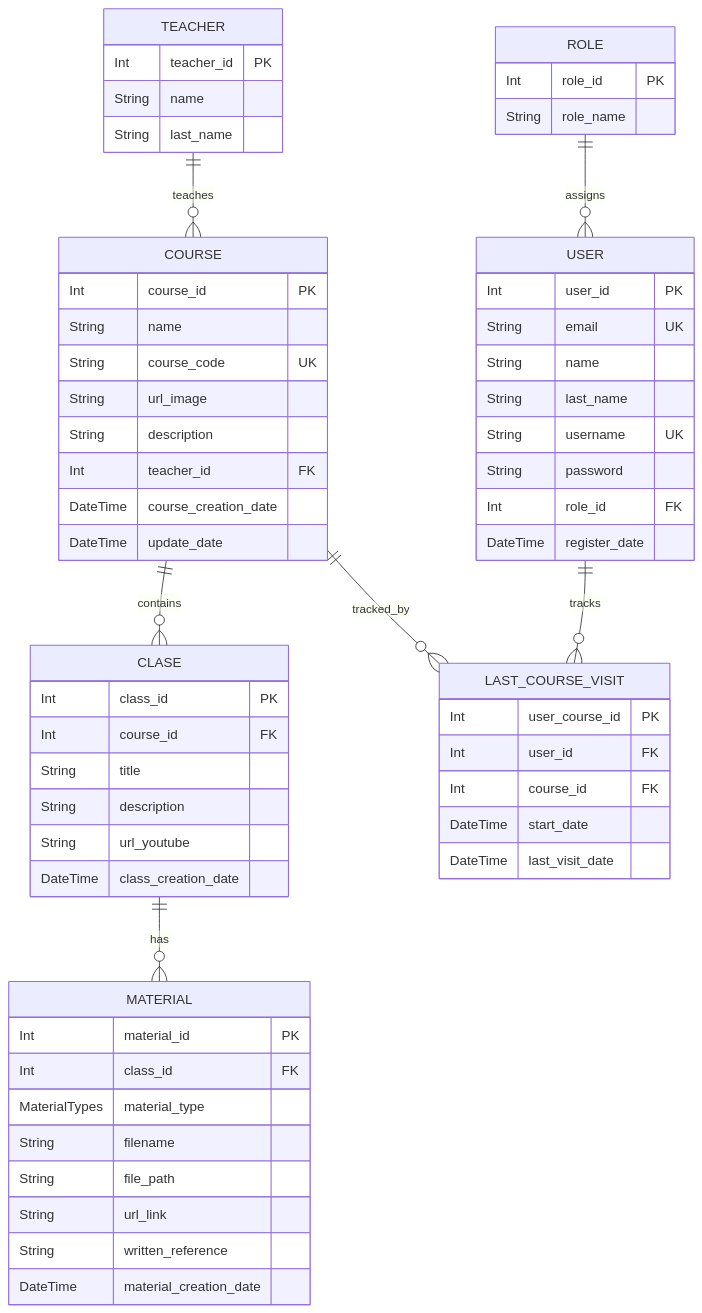
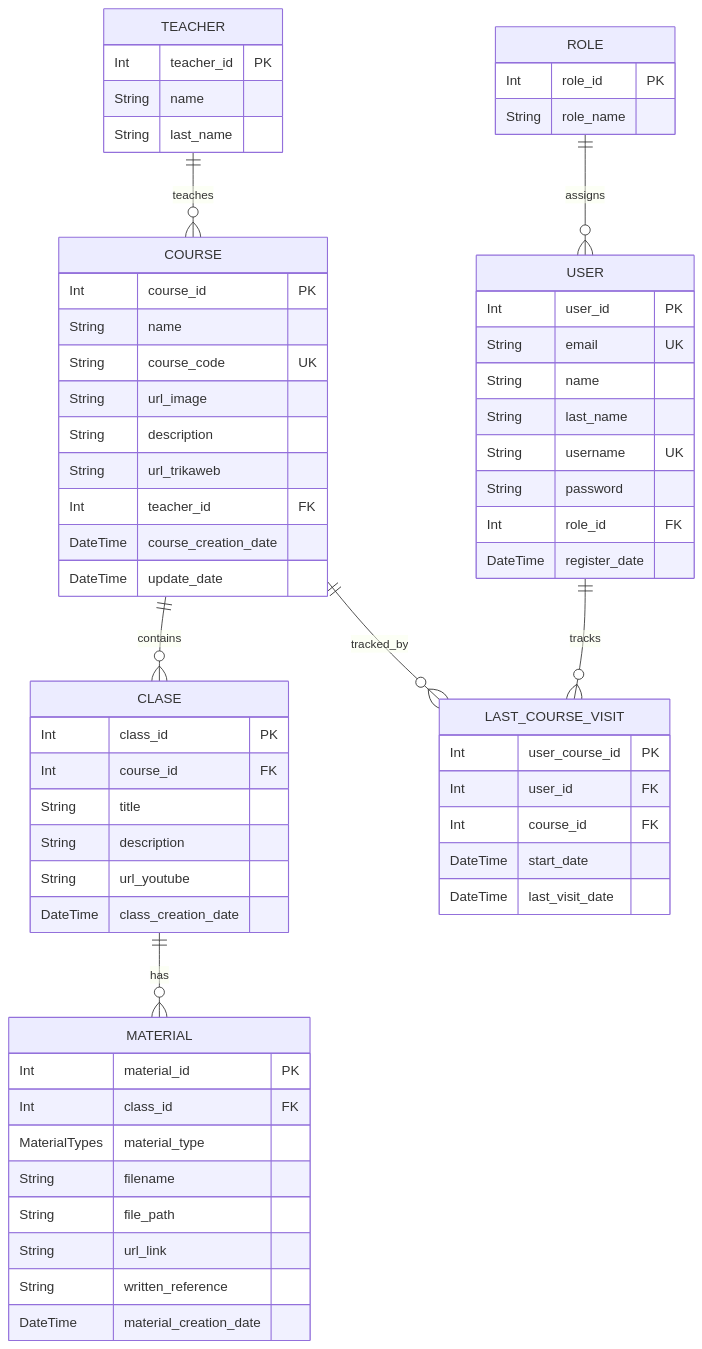
One commit to ccUnicode/UniOpenCourse changed the diagram in docs/base-de-datos.md. Above: the diagram before and after it, drawn with Mermaid. The commit also changed other lines of this file and 2 other files, not shown here.

Commit message:
docs(backend): Terminar de agregar lo último sobre el backend que se implementó en la fase de frontend

````diff
--- a/docs/base-de-datos.md
+++ b/docs/base-de-datos.md
@@ -35,70 +35,71 @@
 ```mermaid
 erDiagram
     ROLE {
         Int role_id PK
         String role_name
     }
 
     USER {
         Int user_id PK
         String email UK
         String name
         String last_name
         String username UK
         String password
         Int role_id FK
         DateTime register_date
     }
 
     TEACHER {
         Int teacher_id PK
         String name
         String last_name
     }
 
     COURSE {
         Int course_id PK
         String name
         String course_code UK
         String url_image
         String description
+        String url_trikaweb
         Int teacher_id FK
         DateTime course_creation_date
         DateTime update_date
     }
 
     CLASE {
         Int class_id PK
         Int course_id FK
         String title
         String description
         String url_youtube
         DateTime class_creation_date
     }
 
     MATERIAL {
         Int material_id PK
         Int class_id FK
         MaterialTypes material_type
         String filename
         String file_path
         String url_link
         String written_reference
         DateTime material_creation_date
     }
 
     LAST_COURSE_VISIT {
         Int user_course_id PK
         Int user_id FK
         Int course_id FK
         DateTime start_date
         DateTime last_visit_date
     }
 
     ROLE ||--o{ USER : assigns
     TEACHER ||--o{ COURSE : teaches
     COURSE ||--o{ CLASE : contains
     CLASE ||--o{ MATERIAL : has
     USER ||--o{ LAST_COURSE_VISIT : tracks
     COURSE ||--o{ LAST_COURSE_VISIT : tracked_by
 ```
````
